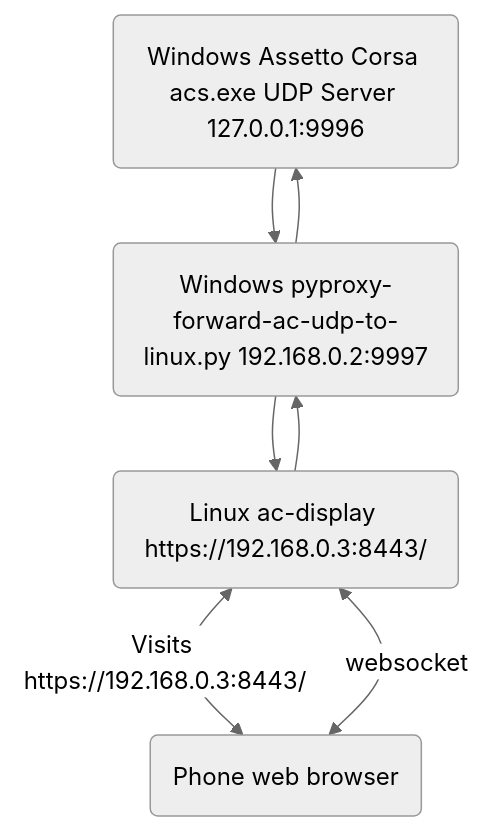
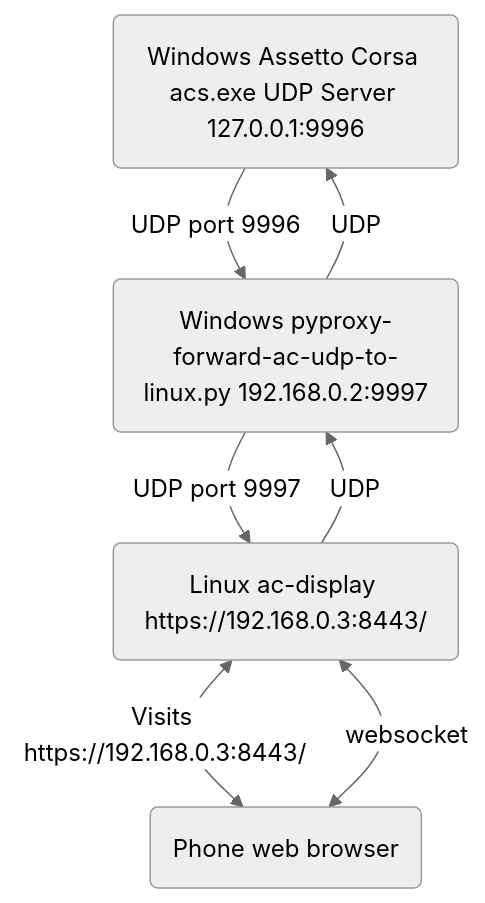
One commit to pilkch/ac-display changed the diagram in README.md. Above: the diagram before and after it, drawn with Mermaid (neutral theme). The commit also changed 5 other files, not shown here.

````diff
--- a/README.md
+++ b/README.md
@@ -70,9 +70,9 @@
 ```mermaid
 flowchart TD
-    AC(Windows Assetto Corsa acs.exe UDP Server 127.0.0.1:9996) --> PY(Windows pyproxy-forward-ac-udp-to-linux.py 192.168.0.2:9997)
-    PY --> AC
-    PY --> DISP(Linux ac-display https://192.168.0.3:8443/)
-    DISP --> PY
+    AC(Windows Assetto Corsa acs.exe UDP Server 127.0.0.1:9996) --> |UDP port 9996| PY(Windows pyproxy-forward-ac-udp-to-linux.py 192.168.0.2:9997)
+    PY --> |UDP| AC
+    PY --> |UDP port 9997| DISP(Linux ac-display https://192.168.0.3:8443/)
+    DISP --> |UDP| PY
     DISP <--> |Visits https://192.168.0.3:8443/| PHONE(Phone web browser)
     PHONE <--> |websocket| DISP
 ```
````
